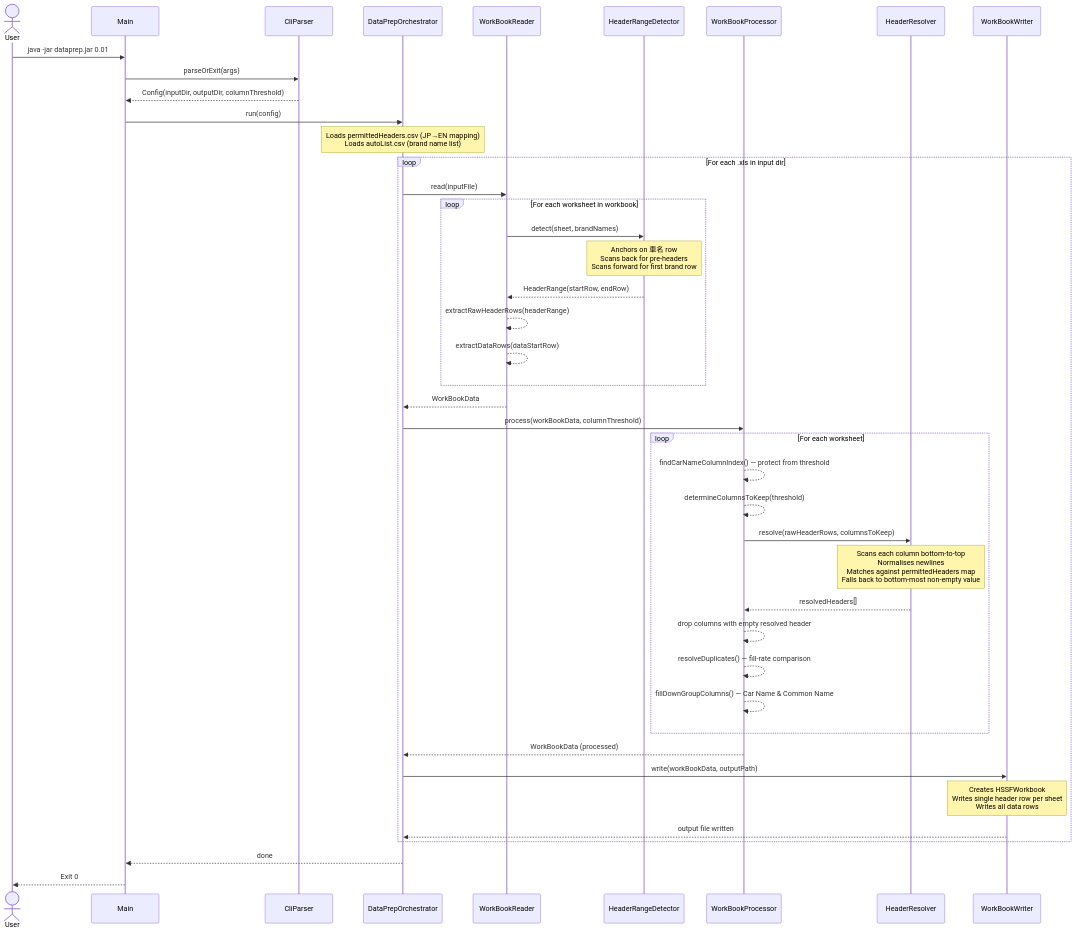
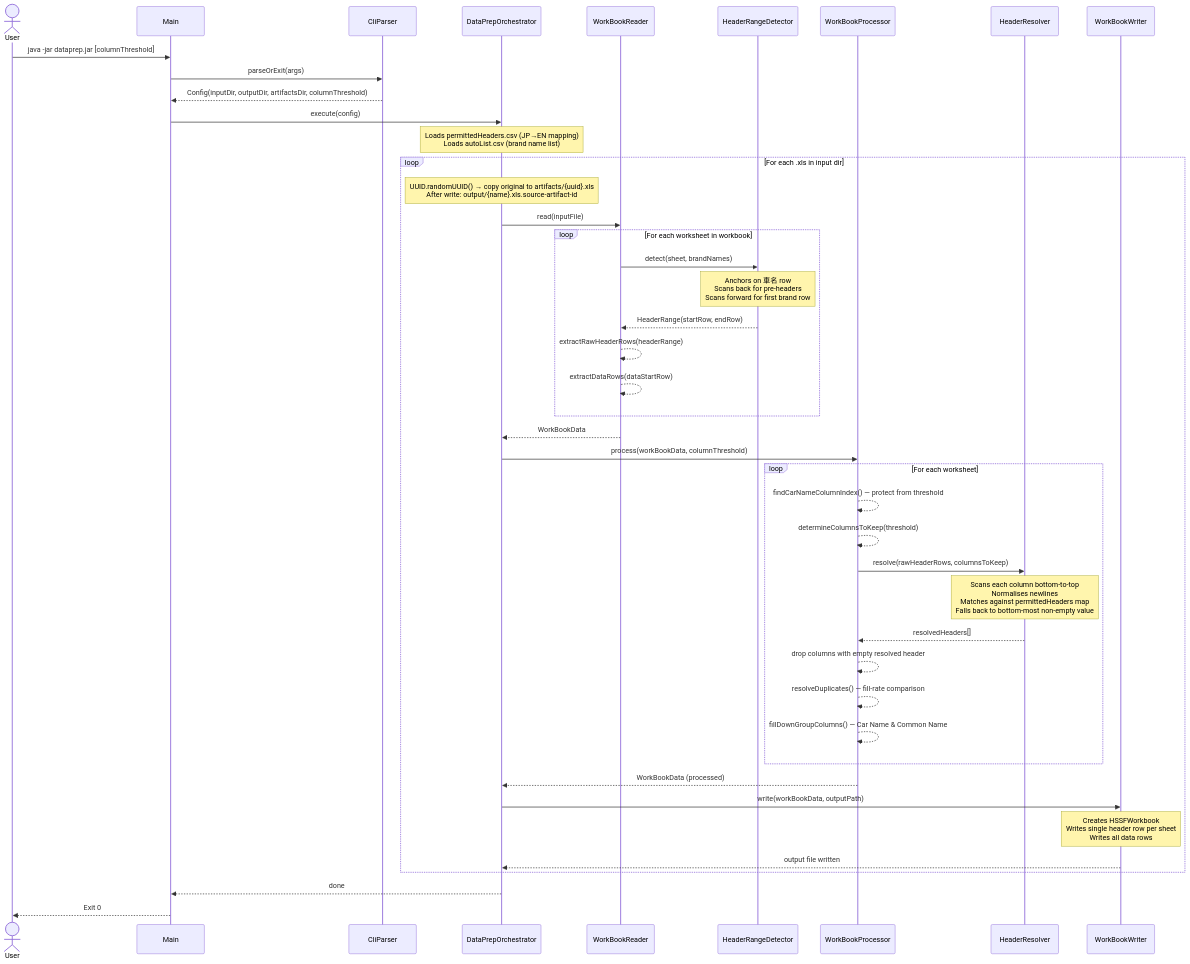
One commit to DylanBrennan92/DataPrep changed the diagram in src/main/resources/diagrams/dataprep-pipeline.md. Above: the diagram before and after it, drawn with Mermaid. The commit also changed 11 other files, not shown here.

Commit message:
feat: tracking every file with source artifact id implicitly

````diff
--- a/src/main/resources/diagrams/dataprep-pipeline.md
+++ b/src/main/resources/diagrams/dataprep-pipeline.md
@@ -16,57 +16,58 @@
 ```mermaid
 sequenceDiagram
     actor User
     participant Main
     participant CliParser
     participant DataPrepOrchestrator
     participant WorkBookReader
     participant HeaderRangeDetector
     participant WorkBookProcessor
     participant HeaderResolver
     participant WorkBookWriter
 
-    User->>Main: java -jar dataprep.jar 0.01
+    User->>Main: java -jar dataprep.jar [columnThreshold]
 
     Main->>CliParser: parseOrExit(args)
-    CliParser-->>Main: Config(inputDir, outputDir, columnThreshold)
+    CliParser-->>Main: Config(inputDir, outputDir, artifactsDir, columnThreshold)
 
-    Main->>DataPrepOrchestrator: run(config)
+    Main->>DataPrepOrchestrator: execute(config)
 
     Note over DataPrepOrchestrator: Loads permittedHeaders.csv (JP→EN mapping)<br/>Loads autoList.csv (brand name list)
 
     loop For each .xls in input dir
+        Note over DataPrepOrchestrator: UUID.randomUUID() → copy original to artifacts/{uuid}.xls<br/>After write: output/{name}.xls.source-artifact-id
         DataPrepOrchestrator->>WorkBookReader: read(inputFile)
 
     loop For each worksheet in workbook
         WorkBookReader->>HeaderRangeDetector: detect(sheet, brandNames)
         Note over HeaderRangeDetector: Anchors on 車名 row<br/>Scans back for pre-headers<br/>Scans forward for first brand row
         HeaderRangeDetector-->>WorkBookReader: HeaderRange(startRow, endRow)
         WorkBookReader-->>WorkBookReader: extractRawHeaderRows(headerRange)
         WorkBookReader-->>WorkBookReader: extractDataRows(dataStartRow)
     end
 
     WorkBookReader-->>DataPrepOrchestrator: WorkBookData
 
     DataPrepOrchestrator->>WorkBookProcessor: process(workBookData, columnThreshold)
 
     loop For each worksheet
         WorkBookProcessor-->>WorkBookProcessor: findCarNameColumnIndex() — protect from threshold
         WorkBookProcessor-->>WorkBookProcessor: determineColumnsToKeep(threshold)
         WorkBookProcessor->>HeaderResolver: resolve(rawHeaderRows, columnsToKeep)
         Note over HeaderResolver: Scans each column bottom-to-top<br/>Normalises newlines<br/>Matches against permittedHeaders map<br/>Falls back to bottom-most non-empty value
         HeaderResolver-->>WorkBookProcessor: resolvedHeaders[]
         WorkBookProcessor-->>WorkBookProcessor: drop columns with empty resolved header
         WorkBookProcessor-->>WorkBookProcessor: resolveDuplicates() — fill-rate comparison
         WorkBookProcessor-->>WorkBookProcessor: fillDownGroupColumns() — Car Name & Common Name
     end
 
     WorkBookProcessor-->>DataPrepOrchestrator: WorkBookData (processed)
 
     DataPrepOrchestrator->>WorkBookWriter: write(workBookData, outputPath)
     Note over WorkBookWriter: Creates HSSFWorkbook<br/>Writes single header row per sheet<br/>Writes all data rows
     WorkBookWriter-->>DataPrepOrchestrator: output file written
 
     end
     DataPrepOrchestrator-->>Main: done
     Main-->>User: Exit 0
 ```
````
